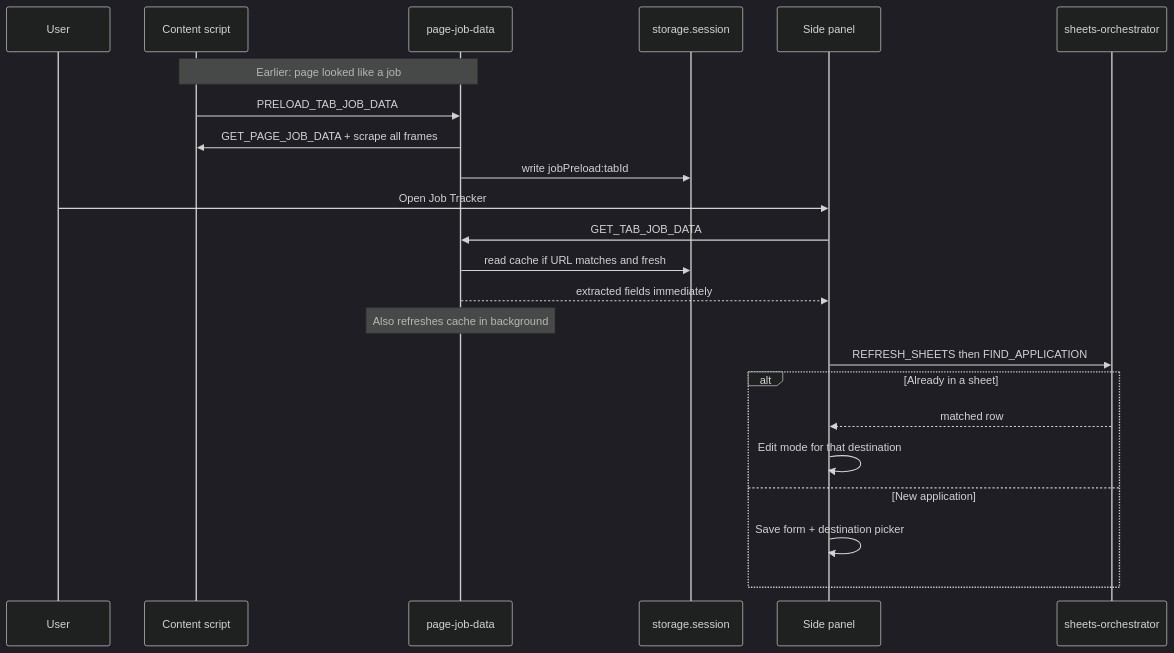
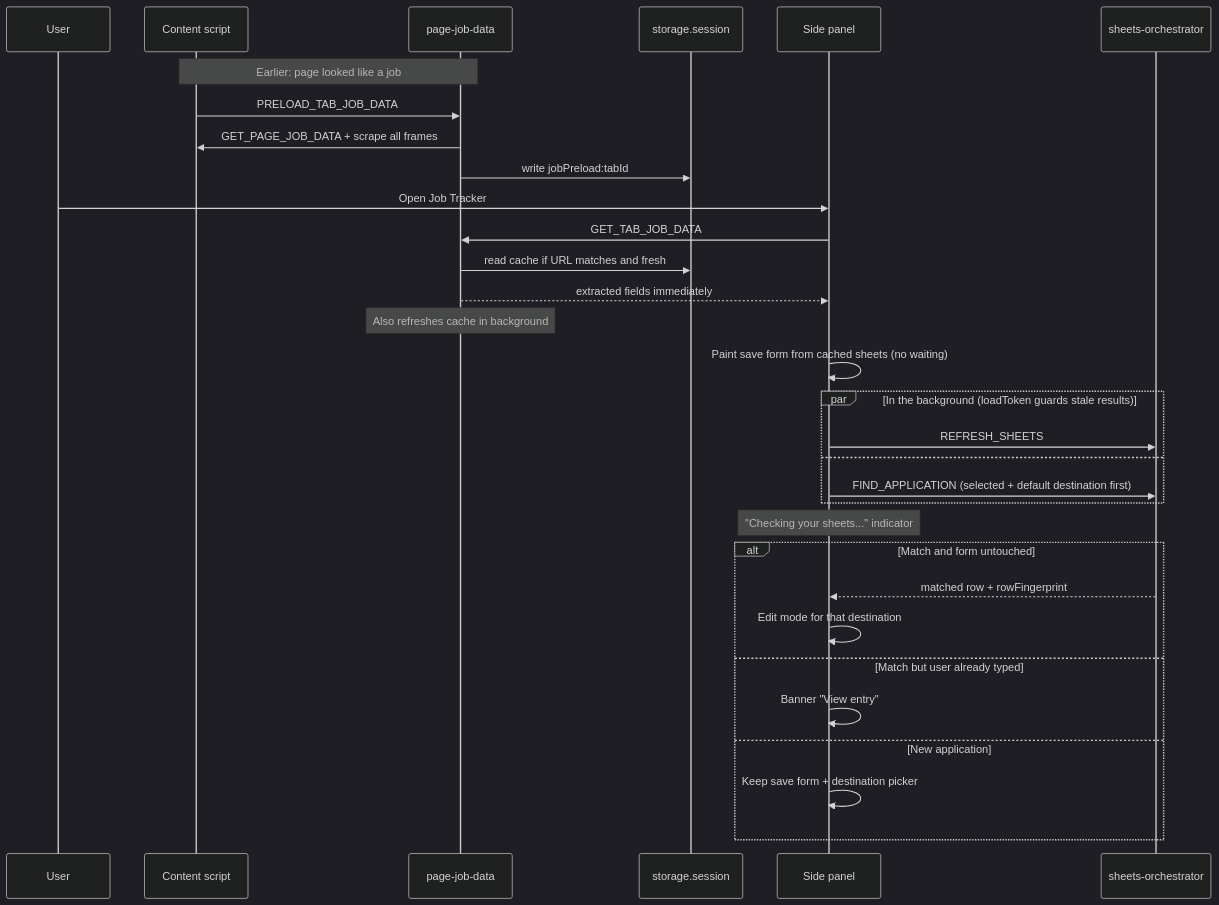
The third of 9 diagrams in diagrams/architecture.md (jayshah2005/JobTracker), drawn with Mermaid (dark theme) before and after one commit. The commit also changed other lines of this file and 72 other files, not shown here.

````diff
--- a/diagrams/architecture.md
+++ b/diagrams/architecture.md
@@ -112,28 +118,36 @@
 ```mermaid
 sequenceDiagram
   participant User
   participant CS as Content script
   participant SW as page-job-data
   participant Sess as storage.session
   participant Panel as Side panel
   participant Orch as sheets-orchestrator
 
   Note over CS,SW: Earlier: page looked like a job
   CS->>SW: PRELOAD_TAB_JOB_DATA
   SW->>CS: GET_PAGE_JOB_DATA + scrape all frames
   SW->>Sess: write jobPreload:tabId
 
   User->>Panel: Open Job Tracker
   Panel->>SW: GET_TAB_JOB_DATA
   SW->>Sess: read cache if URL matches and fresh
   SW-->>Panel: extracted fields immediately
   Note over SW: Also refreshes cache in background
 
-  Panel->>Orch: REFRESH_SHEETS then FIND_APPLICATION
-  alt Already in a sheet
-    Orch-->>Panel: matched row
+  Panel->>Panel: Paint save form from cached sheets (no waiting)
+  par In the background (loadToken guards stale results)
+    Panel->>Orch: REFRESH_SHEETS
+  and
+    Panel->>Orch: FIND_APPLICATION (selected + default destination first)
+  end
+  Note over Panel: "Checking your sheets..." indicator
+  alt Match and form untouched
+    Orch-->>Panel: matched row + rowFingerprint
     Panel->>Panel: Edit mode for that destination
+  else Match but user already typed
+    Panel->>Panel: Banner "View entry"
   else New application
-    Panel->>Panel: Save form + destination picker
+    Panel->>Panel: Keep save form + destination picker
   end
 ```
````
